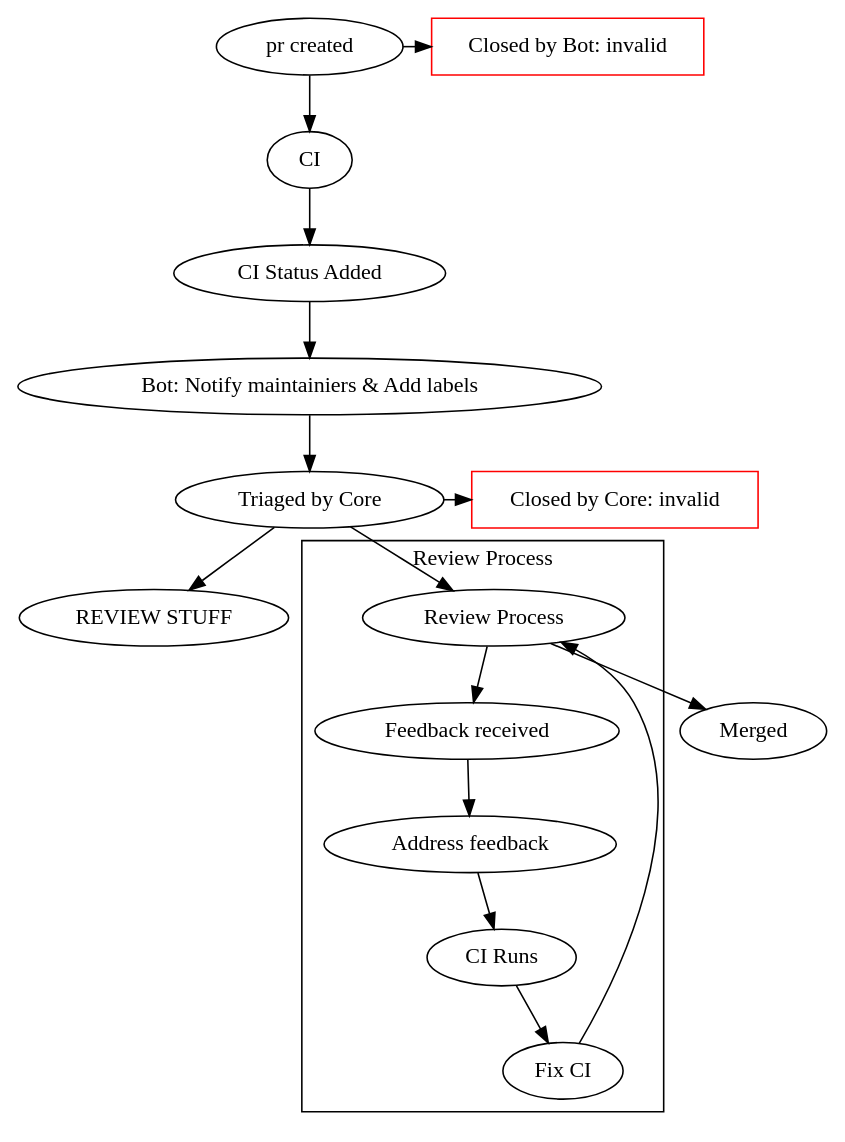
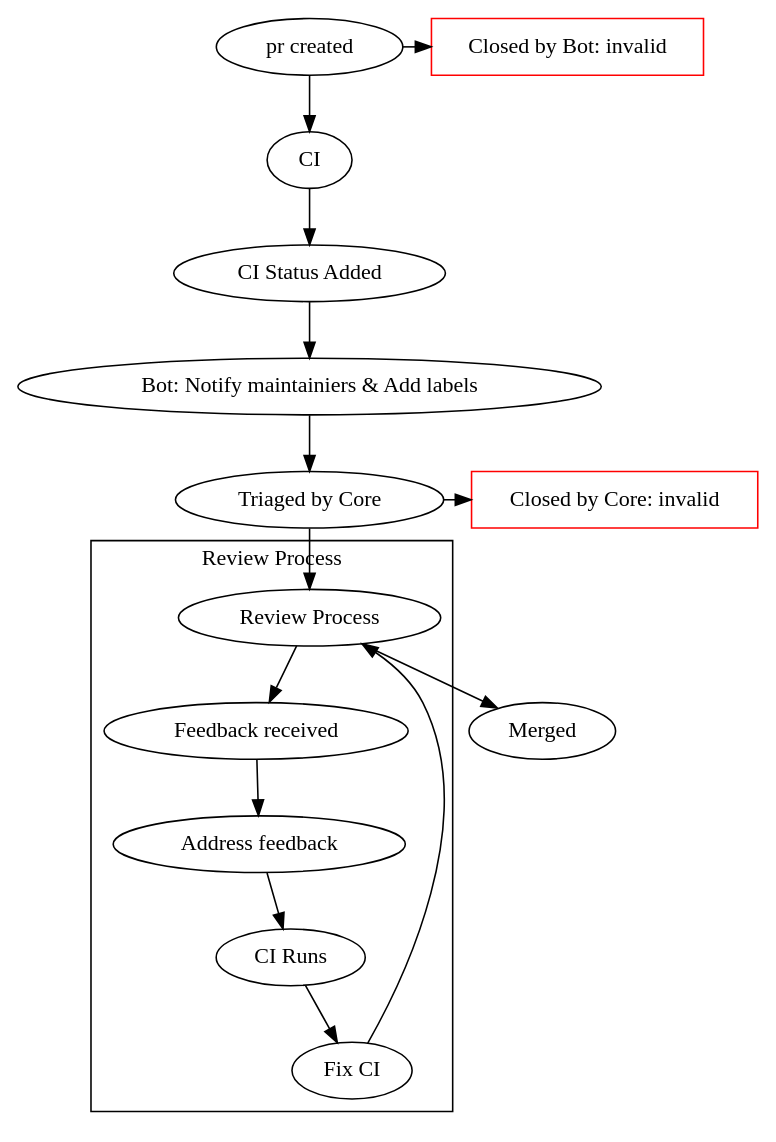
The diagram in docs/docsite/rst/community/development_process.rst (gundalow/ansible), drawn with Graphviz before and after one commit.

Commit message:
PR Workflow

```diff
--- a/docs/docsite/rst/community/development_process.rst
+++ b/docs/docsite/rst/community/development_process.rst
@@ -13,28 +13,28 @@
 .. graphviz::
 
    digraph Flatland {
 
       "pr created" -> "CI" -> "CI Status Added" -> "Bot: Notify maintainiers & Add labels" -> "Triaged by Core";
       "pr created" -> "Closed by Bot: invalid";
-      "Triaged by Core" -> "REVIEW STUFF";
 
       "Triaged by Core" -> "Closed by Core: invalid";
       subgraph cluster_review {
         label="Review Process";
         "Triaged by Core" -> "Review Process";
         "Review Process" -> "Feedback received";
         "Feedback received" -> "Address feedback";
         "Address feedback" -> "CI Runs";
         "CI Runs" -> "Fix CI";
         "Fix CI" -> "Review Process";
       }
 
-      "Review Process" -> "Merged"
+
+      "Review Process" -> "Merged";
 
       // Closure cases
       // Use `rank` to align horizontally
       {rank=same; "pr created",  "Closed by Bot: invalid"}
       "Closed by Core: invalid" [shape=polygon,sides=4,color=red];
       "Closed by Bot: invalid" [shape=polygon,sides=4,color=red];
       {rank=same; "Triaged by Core", "Closed by Core: invalid"};
       }
```
